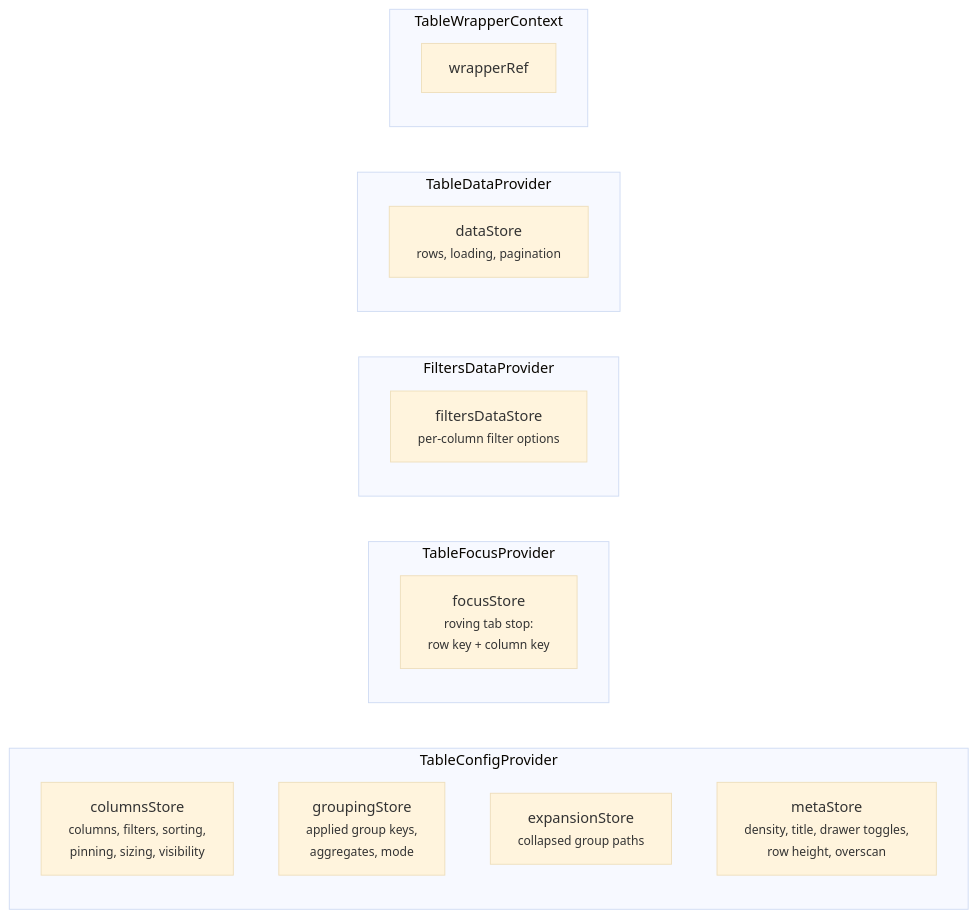
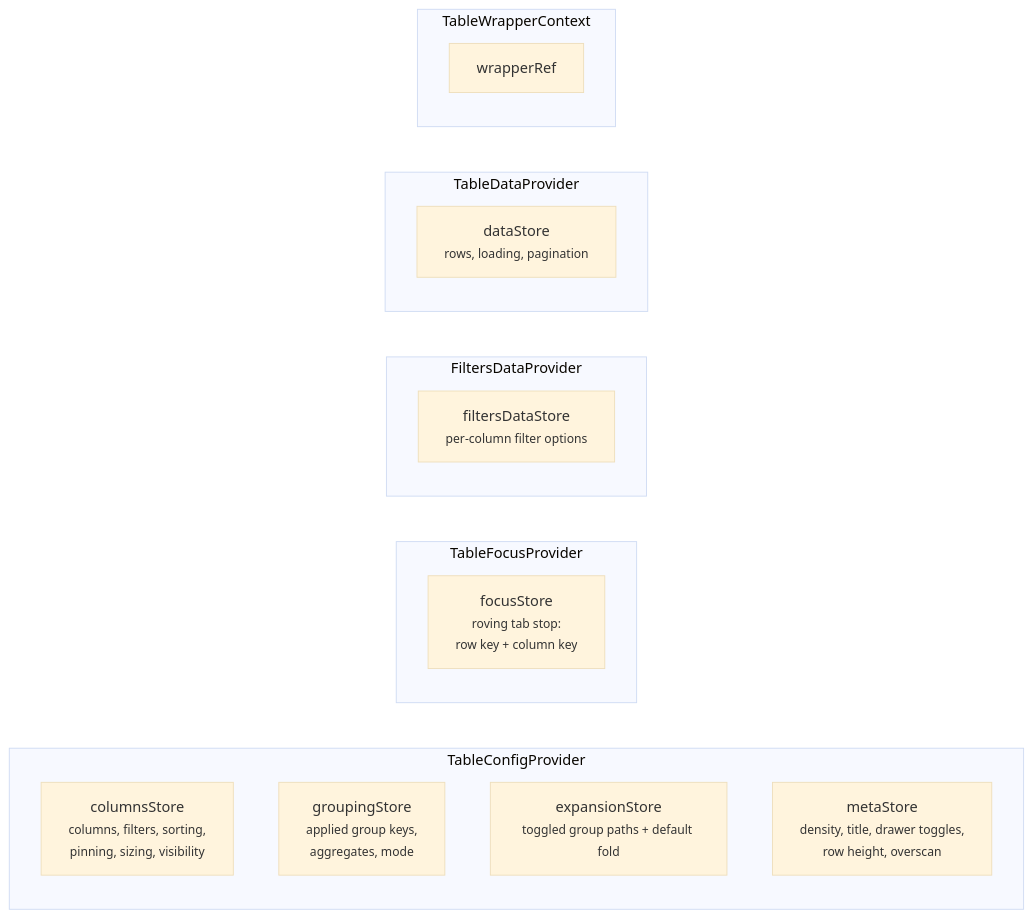
The second of 4 diagrams in packages/ui/src/components/Table/ARCHITECTURE.md (luciocabrera/lcabrera-stack), drawn with Mermaid (base theme) before and after one commit. The commit also changed other lines of this file and 99 other files, not shown here.

````diff
--- a/packages/ui/src/components/Table/ARCHITECTURE.md
+++ b/packages/ui/src/components/Table/ARCHITECTURE.md
@@ -89,25 +89,25 @@
 ```mermaid
 graph LR
   subgraph "TableConfigProvider"
     CS["columnsStore<br/><small>columns, filters, sorting,<br/>pinning, sizing, visibility</small>"]
     GS["groupingStore<br/><small>applied group keys,<br/>aggregates, mode</small>"]
-    ES["expansionStore<br/><small>collapsed group paths</small>"]
+    ES["expansionStore<br/><small>toggled group paths + default fold</small>"]
     MS["metaStore<br/><small>density, title, drawer toggles,<br/>row height, overscan</small>"]
   end
 
   subgraph "TableFocusProvider"
     FoS["focusStore<br/><small>roving tab stop:<br/>row key + column key</small>"]
   end
 
   subgraph "FiltersDataProvider"
     FS["filtersDataStore<br/><small>per-column filter options</small>"]
   end
 
   subgraph "TableDataProvider"
     DS["dataStore<br/><small>rows, loading, pagination</small>"]
   end
 
   subgraph "TableWrapperContext"
     WR["wrapperRef"]
   end
 ```
````
